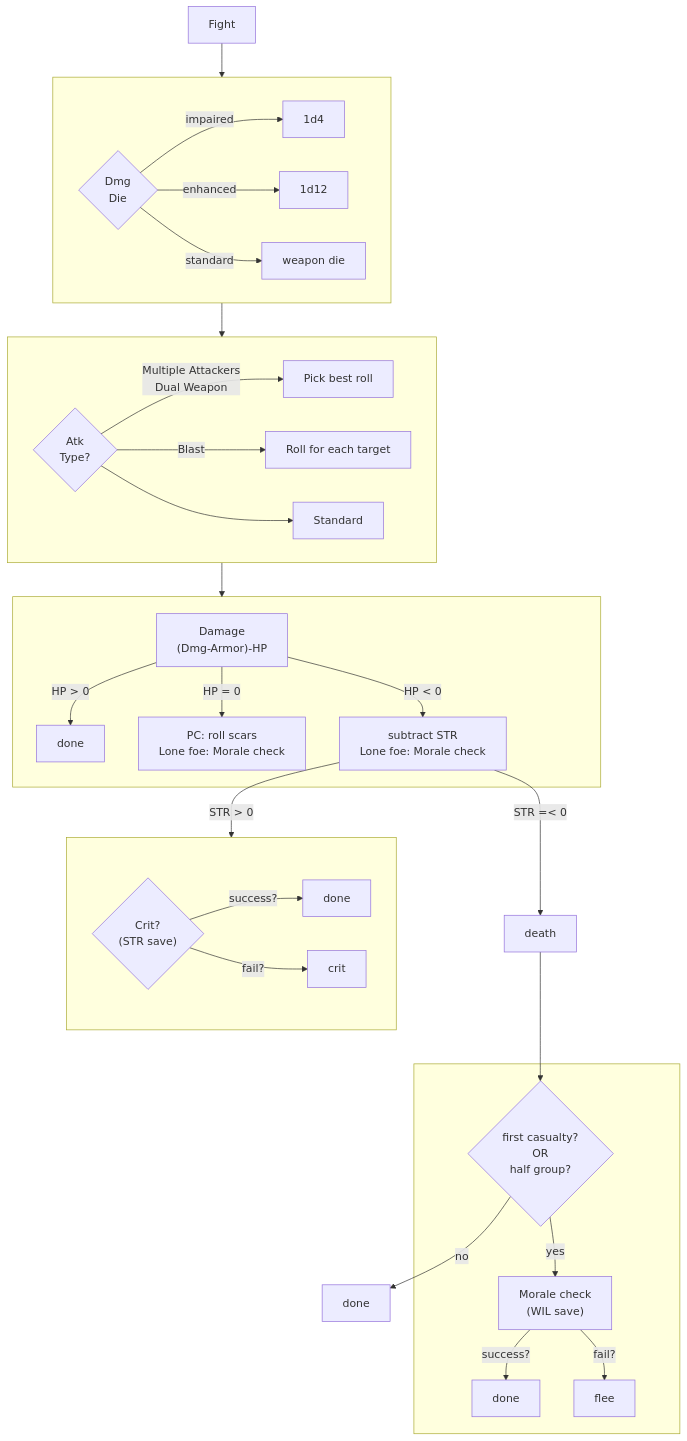
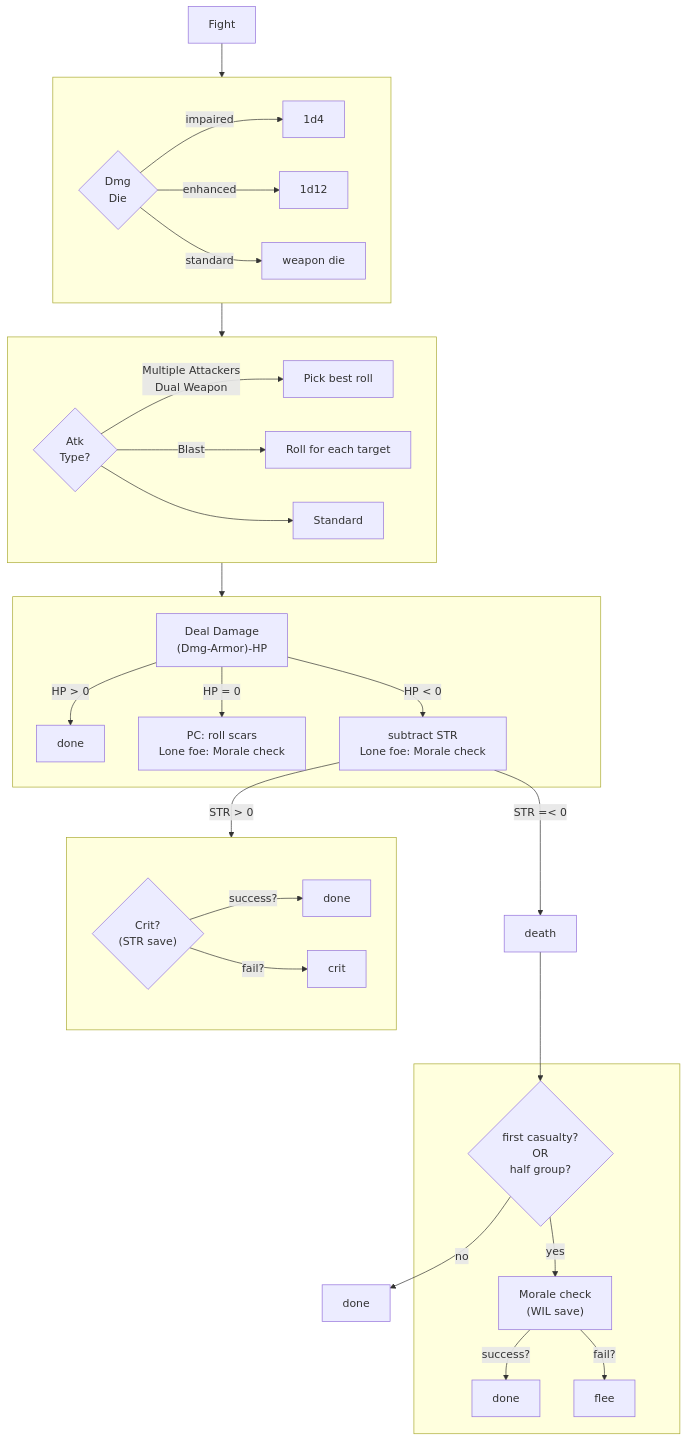
Before and after one commit to Italian-Translation-Alliance/cairn-ita: the diagram in flowchart.md, drawn with Mermaid.

````diff
--- a/flowchart.md
+++ b/flowchart.md
@@ -3,39 +3,39 @@
 ```mermaid
 flowchart TD
     E[Fight] --> one
     subgraph one [" "]
     G{Dmg<br>Die}
     G -->|impaired| H[1d4]
     G -->|enhanced| I[1d12]
     G -->|standard| L[weapon die]
     end
     one --> two
     subgraph two  [" "]
     M{Atk<br>Type?}
     M -->|Multiple Attackers<br>Dual Weapon| N[Pick best roll]
     M -->|Blast| P[Roll for each target]
     M -->Q[Standard]
     end
     subgraph three [" "]
-    R["Damage<br>#40;Dmg-Armor#41;-HP"]
+    R["Deal Damage<br>#40;Dmg-Armor#41;-HP"]
     R --> |HP > 0| S[done]
     R --> |HP = 0| T[PC: roll scars<br>Lone foe: Morale check]
     R --> |HP < 0| U[subtract STR<br>Lone foe: Morale check]
     end
     two --> three
     subgraph four [" "]
     W{"Crit?<br>#40;STR save#41;"}
     W --> |success?| 1["done"]
     W --> |fail?| 2["crit"]
     end
     U --> |STR > 0| four
     U --> |STR =< 0| Z[death]
     Z --> 3{first casualty?<br>OR<br>half group?}
     subgraph five [" "]
     3 --> |yes| 4["Morale check<br>#40;WIL save#41;"]
     4 --> |success?| 6["done"]
     4 --> |fail?| 7["flee"]
     end
     3 --> |no| 5[done]
  classDef default text-align:center
 ```
````
